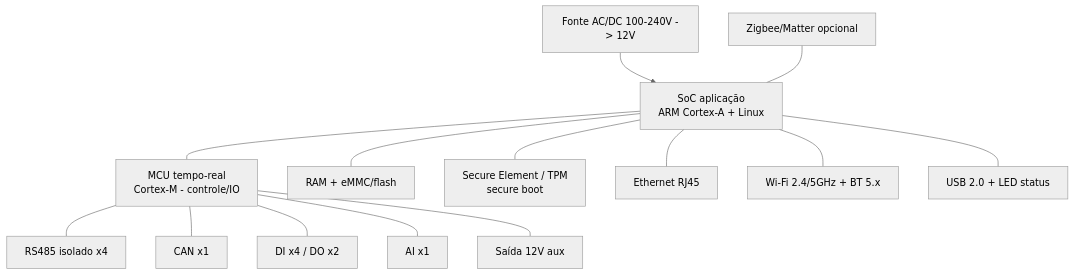
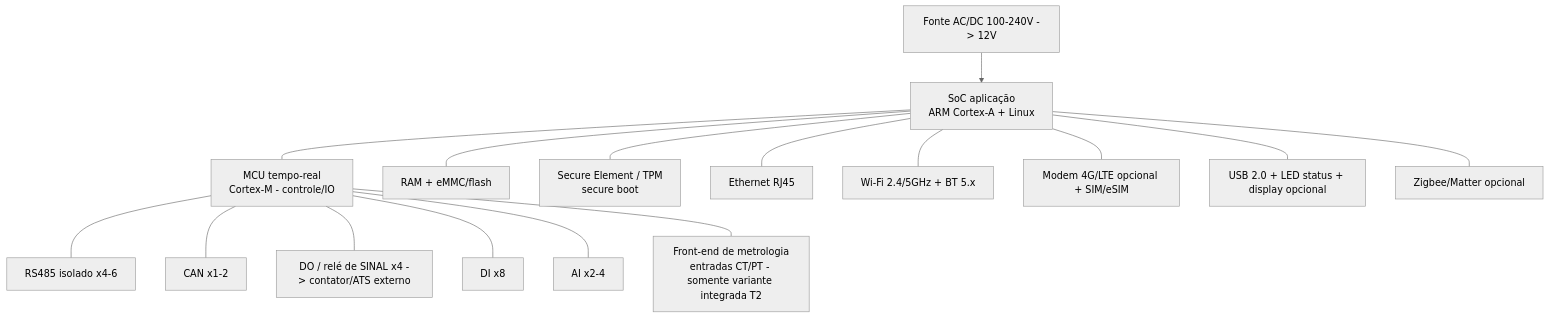
One commit to marcusvinisa/repo-teste changed the second of 2 diagrams in docs/smart/06-especificacao-hardware.md. Above: the diagram before and after it, drawn with Mermaid (neutral theme). The commit also changed other lines of this file and 11 other files, not shown here.

````diff
--- a/docs/smart/06-especificacao-hardware.md
+++ b/docs/smart/06-especificacao-hardware.md
@@ -22,16 +36,18 @@
 ```mermaid
 flowchart TB
   psu[Fonte AC/DC 100-240V -> 12V] --> soc
   soc[SoC aplicação\nARM Cortex-A + Linux] --- mcu[MCU tempo-real\nCortex-M - controle/IO]
   soc --- mem[RAM + eMMC/flash]
   soc --- se[Secure Element / TPM\nsecure boot]
   soc --- net[Ethernet RJ45]
   soc --- wifi[Wi-Fi 2.4/5GHz + BT 5.x]
-  soc --- usb[USB 2.0 + LED status]
-  mcu --- rs485[RS485 isolado x4]
-  mcu --- can[CAN x1]
-  mcu --- dio[DI x4 / DO x2]
-  mcu --- ai[AI x1]
-  mcu --- dcout[Saída 12V aux]
-  zig[Zigbee/Matter opcional] --- soc
+  soc --- cell[Modem 4G/LTE opcional + SIM/eSIM]
+  soc --- usb[USB 2.0 + LED status + display opcional]
+  soc --- zig[Zigbee/Matter opcional]
+  mcu --- rs485[RS485 isolado x4-6]
+  mcu --- can[CAN x1-2]
+  mcu --- do[DO / relé de SINAL x4 -> contator/ATS externo]
+  mcu --- di[DI x8]
+  mcu --- ai[AI x2-4]
+  mcu --- met[Front-end de metrologia\nentradas CT/PT - somente variante integrada T2]
 ```
````
